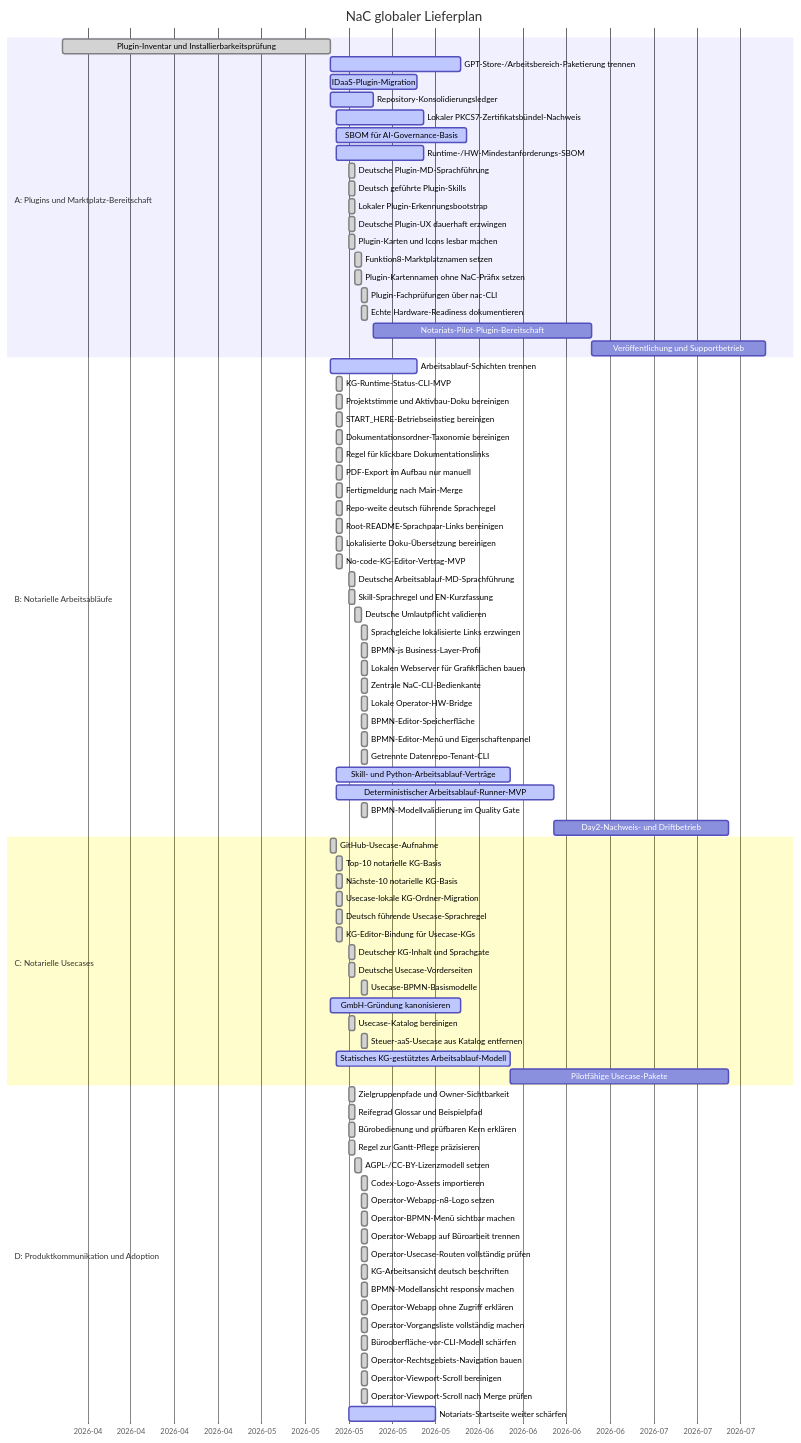
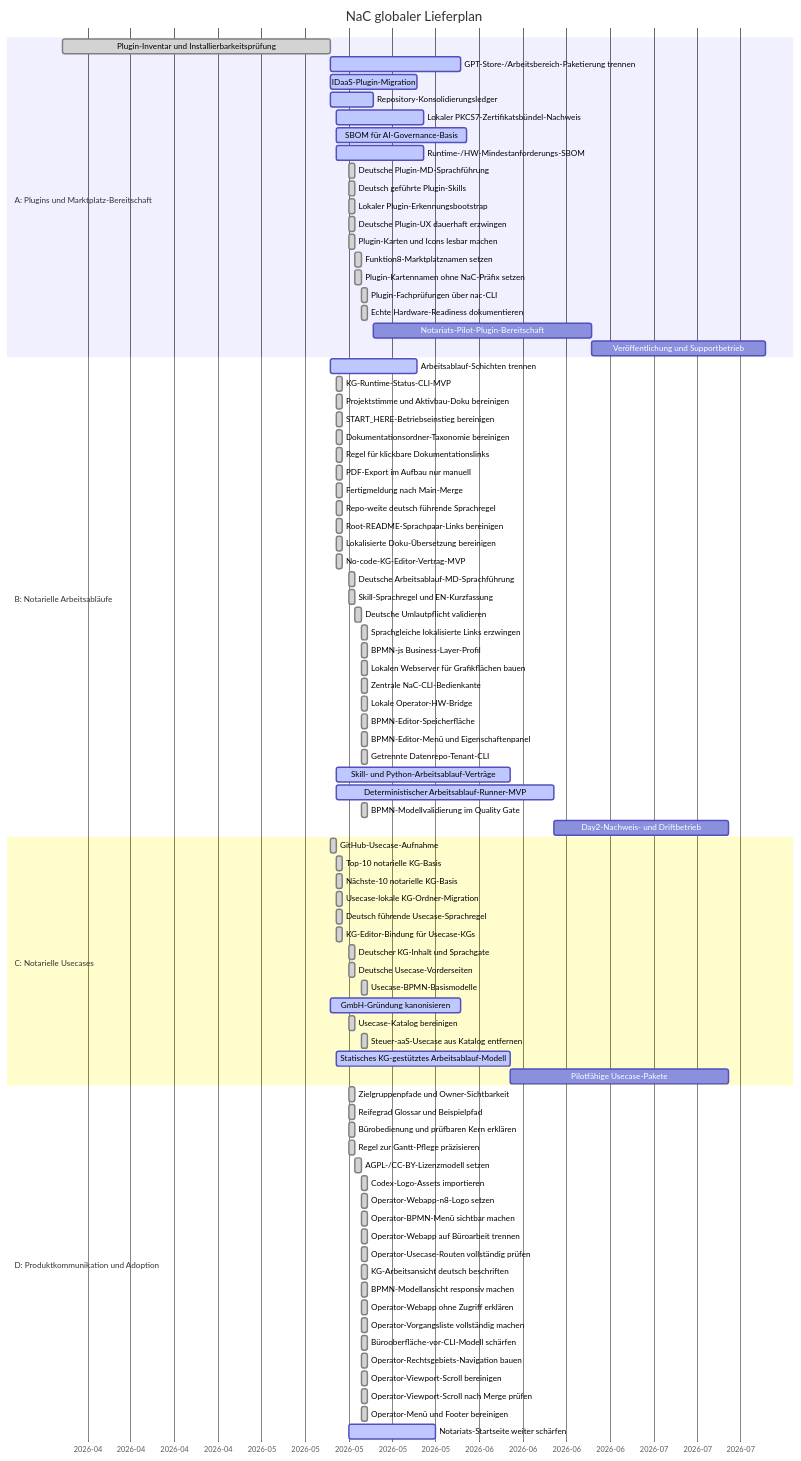
Before and after one commit to notariat8/NaC: the diagram in roadmap/GANTT.md, drawn with Mermaid. The commit also changed other lines of this file and 5 other files, not shown here.

Commit message:
Refine operator menu and footer

````diff
--- a/roadmap/GANTT.md
+++ b/roadmap/GANTT.md
@@ -101,5 +101,6 @@
     Operator-Rechtsgebiets-Navigation bauen      :done,    d1o, 2026-05-19, 1d
     Operator-Viewport-Scroll bereinigen          :done,    d1p, 2026-05-19, 1d
     Operator-Viewport-Scroll nach Merge prüfen   :done,    d1q, 2026-05-19, 1d
+    Operator-Menü und Footer bereinigen          :done,    d1r, 2026-05-19, 1d
     Notariats-Startseite weiter schärfen        :active,  d2, 2026-05-17, 14d
 ```
````
